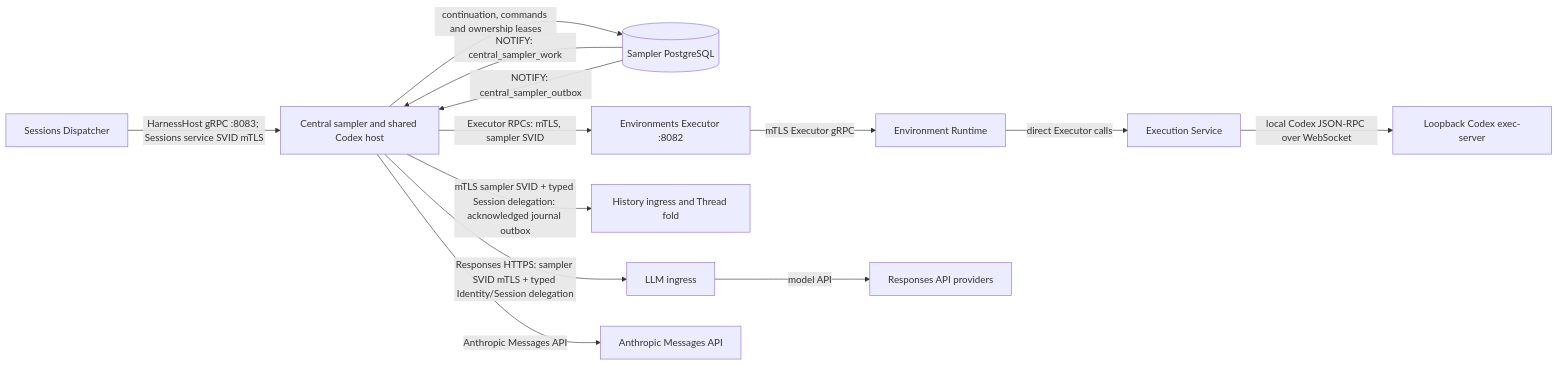
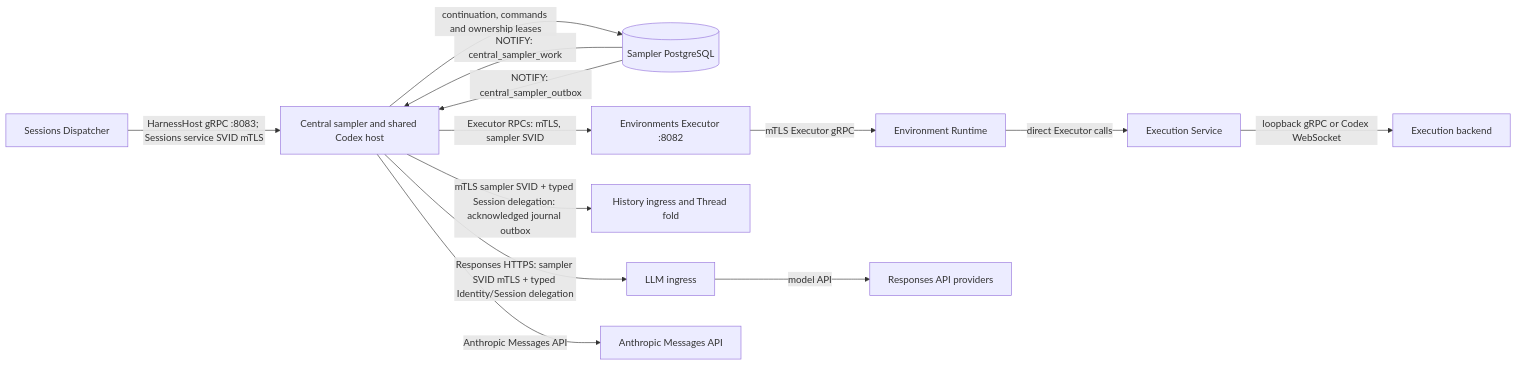
Before and after one commit to agentydragon/ducktape: the fourth of 18 diagrams in agentplane/docs/system_overview.md, drawn with Mermaid. The commit also changed other lines of this file and 79 other files, not shown here.

First line of the commit message:
Add native execution backend with selectable Codex fallback (#18287)

````diff
--- a/agentplane/docs/system_overview.md
+++ b/agentplane/docs/system_overview.md
@@ -398,25 +400,25 @@
 ```mermaid
 flowchart LR
     dispatcher[Sessions Dispatcher]
     sampler[Central sampler and shared Codex host]
     db[(Sampler PostgreSQL)]
     proxy[Environments Executor :8082]
     runtime[Environment Runtime]
     execution[Execution Service]
-    executor[Loopback Codex exec-server]
+    executor[Execution backend]
     history[History ingress and Thread fold]
     llm[LLM ingress]
     responses[Responses API providers]
     anthropic[Anthropic Messages API]
     dispatcher -->|HarnessHost gRPC :8083; Sessions service SVID mTLS| sampler
     sampler -->|continuation, commands and ownership leases| db
     db -->|NOTIFY: central_sampler_work| sampler
     db -->|NOTIFY: central_sampler_outbox| sampler
     sampler -->|Executor RPCs: mTLS, sampler SVID| proxy
     proxy -->|mTLS Executor gRPC| runtime
     runtime -->|direct Executor calls| execution
-    execution -->|local Codex JSON-RPC over WebSocket| executor
+    execution -->|loopback gRPC or Codex WebSocket| executor
     sampler -->|mTLS sampler SVID + typed Session delegation: acknowledged journal outbox| history
     sampler -->|Responses HTTPS: sampler SVID mTLS + typed Identity/Session delegation| llm -->|model API| responses
     sampler -->|Anthropic Messages API| anthropic
 ```
````
